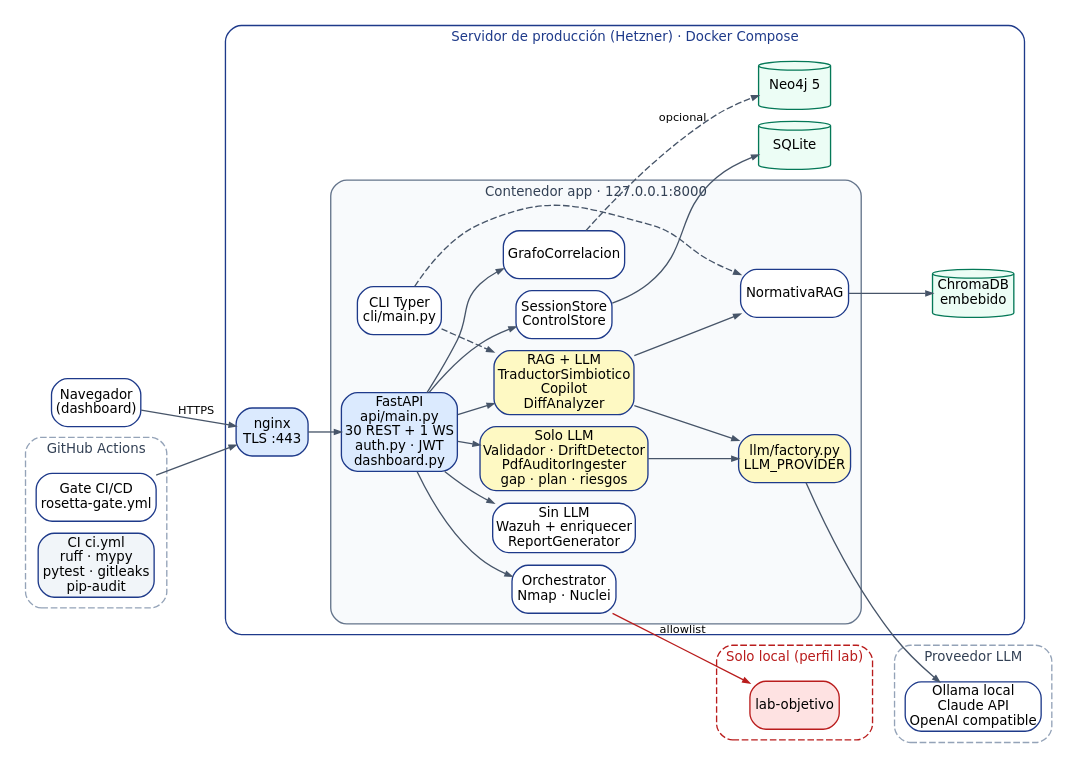
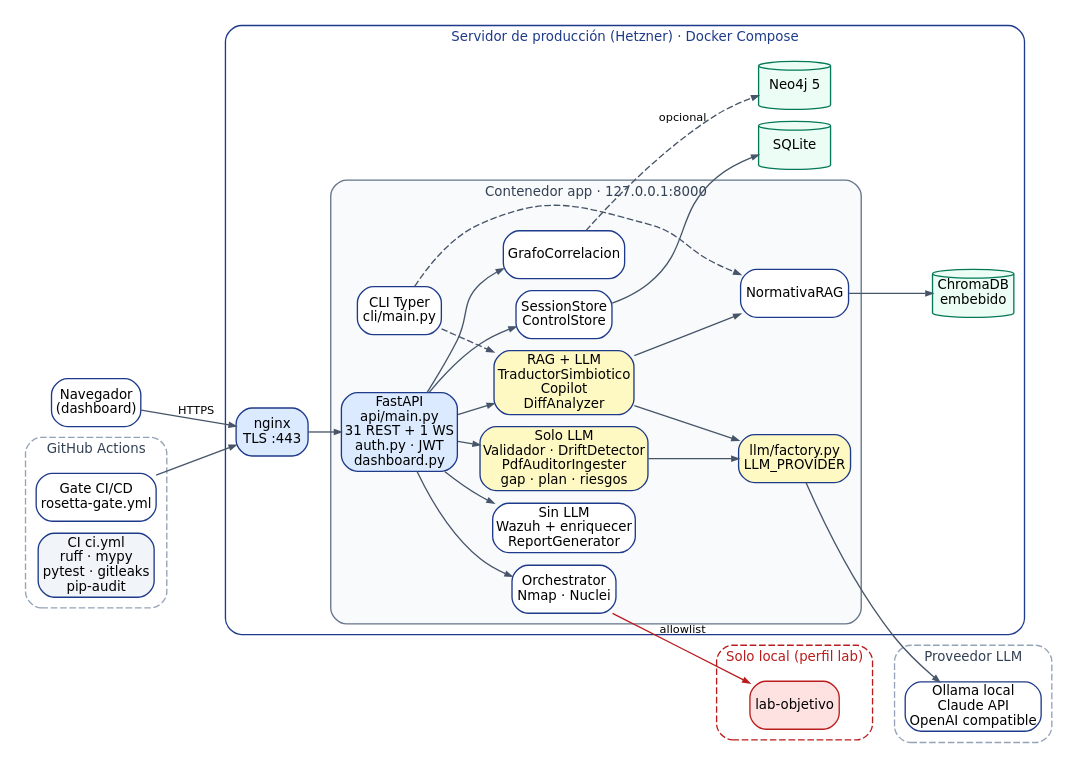
Before and after one commit to MichaelJTG/Rosetta: the diagram in docs/memoria/diagramas/componentes.dot, drawn with Graphviz. The commit also changed 20 other files, not shown here.

```diff
--- a/docs/memoria/diagramas/componentes.dot
+++ b/docs/memoria/diagramas/componentes.dot
@@ -1,72 +1,72 @@
 // Diagrama de componentes de ROSETTA (memoria P3, figura 1).
 // Comprobado contra los imports de src/rosetta/ (api/main.py, api/deps.py,
 // core/*, agents/validator.py, cli/main.py, llm/factory.py) y contra
 // .github/workflows/ y action/action.yml.
 // Regenerar: dot -Tsvg componentes.dot -o componentes.svg
 digraph rosetta {
   graph [rankdir=LR, fontname="DejaVu Sans", fontsize=10, nodesep=0.12, ranksep=0.22,
          newrank=true, pad=0.05];
   node  [shape=box, style="rounded,filled", fillcolor="#ffffff", color="#1e3a8a",
          fontname="DejaVu Sans", fontsize=10, margin="0.06,0.03"];
   edge  [color="#475569", fontname="DejaVu Sans", fontsize=8.5, arrowsize=0.5];
 
   nav  [label="Navegador\n(dashboard)"];
 
   subgraph cluster_github {
     label="GitHub Actions"; style="rounded,dashed"; color="#94a3b8"; fontcolor="#334155";
     gate [label="Gate CI/CD\nrosetta-gate.yml"];
     ci   [label="CI ci.yml\nruff · mypy\npytest · gitleaks\npip-audit", fillcolor="#f1f5f9"];
   }
 
   subgraph cluster_server {
     label="Servidor de producción (Hetzner) · Docker Compose"; style="rounded"; color="#1e3a8a";
     fontcolor="#1e3a8a";
 
     nginx [label="nginx\nTLS :443", fillcolor="#dbeafe"];
 
     subgraph cluster_app {
       label="Contenedor app · 127.0.0.1:8000"; style="rounded,filled"; fillcolor="#f8fafc";
       color="#64748b"; fontcolor="#334155";
-      api [label="FastAPI\napi/main.py\n30 REST + 1 WS\nauth.py · JWT\ndashboard.py", fillcolor="#dbeafe"];
+      api [label="FastAPI\napi/main.py\n31 REST + 1 WS\nauth.py · JWT\ndashboard.py", fillcolor="#dbeafe"];
       cli [label="CLI Typer\ncli/main.py"];
 
       raglm [label="RAG + LLM\nTraductorSimbiotico\nCopilot\nDiffAnalyzer", fillcolor="#fef9c3"];
       lmonly [label="Solo LLM\nValidador · DriftDetector\nPdfAuditorIngester\ngap · plan · riesgos", fillcolor="#fef9c3"];
       orch  [label="Orchestrator\nNmap · Nuclei"];
       det   [label="Sin LLM\nWazuh + enriquecer\nReportGenerator"];
       stores[label="SessionStore\nControlStore"];
       grafo [label="GrafoCorrelacion"];
 
       rag   [label="NormativaRAG"];
       llmf  [label="llm/factory.py\nLLM_PROVIDER", fillcolor="#fef9c3"];
     }
 
     chroma [label="ChromaDB\nembebido", shape=cylinder, fillcolor="#ecfdf5", color="#047857"];
     sqlite [label="SQLite", shape=cylinder, fillcolor="#ecfdf5", color="#047857"];
     neo4j  [label="Neo4j 5", shape=cylinder, fillcolor="#ecfdf5", color="#047857"];
   }
 
   subgraph cluster_llm {
     label="Proveedor LLM"; style="rounded,dashed"; color="#94a3b8"; fontcolor="#334155";
     prov [label="Ollama local\nClaude API\nOpenAI compatible"];
   }
 
   subgraph cluster_lab {
     label="Solo local (perfil lab)"; style="rounded,dashed"; color="#b91c1c"; fontcolor="#b91c1c";
     lab [label="lab-objetivo", fillcolor="#fee2e2", color="#b91c1c"];
   }
 
   nav  -> nginx [label="HTTPS"];
   gate -> nginx;
   nginx -> api;
 
   api -> raglm; api -> lmonly; api -> orch; api -> det; api -> stores; api -> grafo;
   cli -> raglm [style=dashed]; cli -> rag [style=dashed];
 
   raglm -> rag; raglm -> llmf; lmonly -> llmf;
   rag -> chroma;
   stores -> sqlite;
   grafo -> neo4j [style=dashed, label="opcional"];
   llmf -> prov;
   orch -> lab [color="#b91c1c", label="allowlist"];
 }
```
